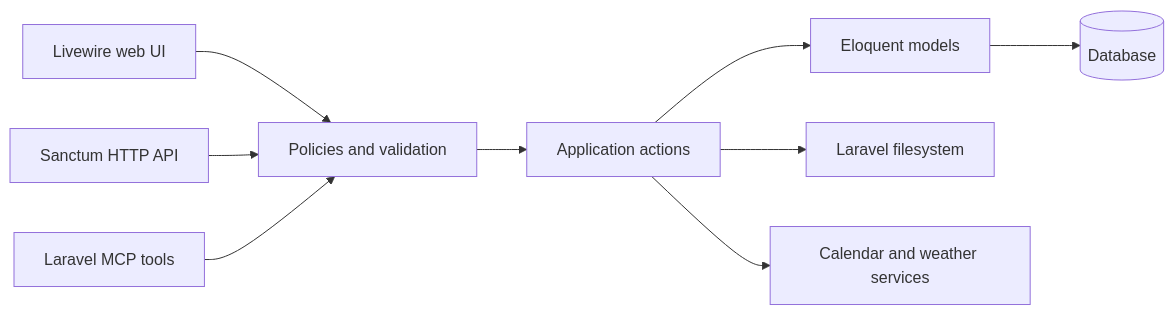
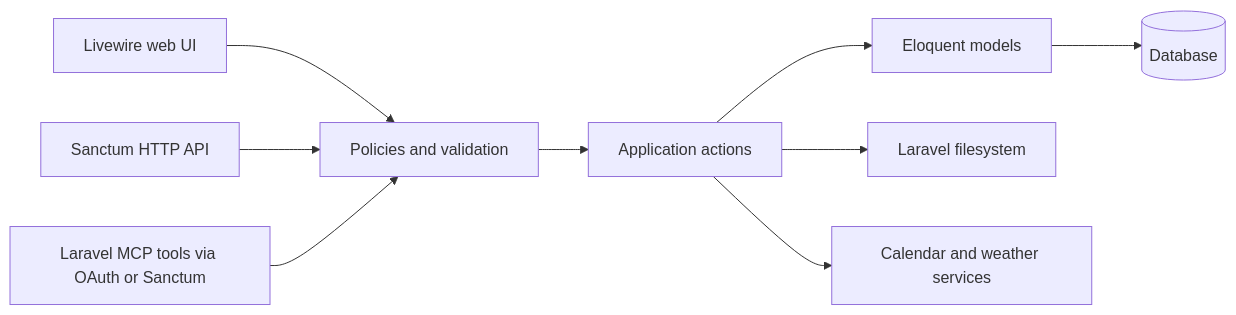
Before and after one commit to techenby/sunny: the diagram in web/docs/developers/architecture.md, drawn with Mermaid. The commit also changed other lines of this file and 8 other files, not shown here.

First line of the commit message:
Document MCP OAuth and the Passport tables

````diff
--- a/web/docs/developers/architecture.md
+++ b/web/docs/developers/architecture.md
@@ -12,11 +12,11 @@
 ```mermaid
 flowchart LR
     Web[Livewire web UI] --> Access[Policies and validation]
     API[Sanctum HTTP API] --> Access
-    MCP[Laravel MCP tools] --> Access
+    MCP[Laravel MCP tools via OAuth or Sanctum] --> Access
     Access --> Actions[Application actions]
     Actions --> Models[Eloquent models]
     Models --> Database[(Database)]
     Actions --> Files[Laravel filesystem]
     Actions --> Services[Calendar and weather services]
 ```
````
